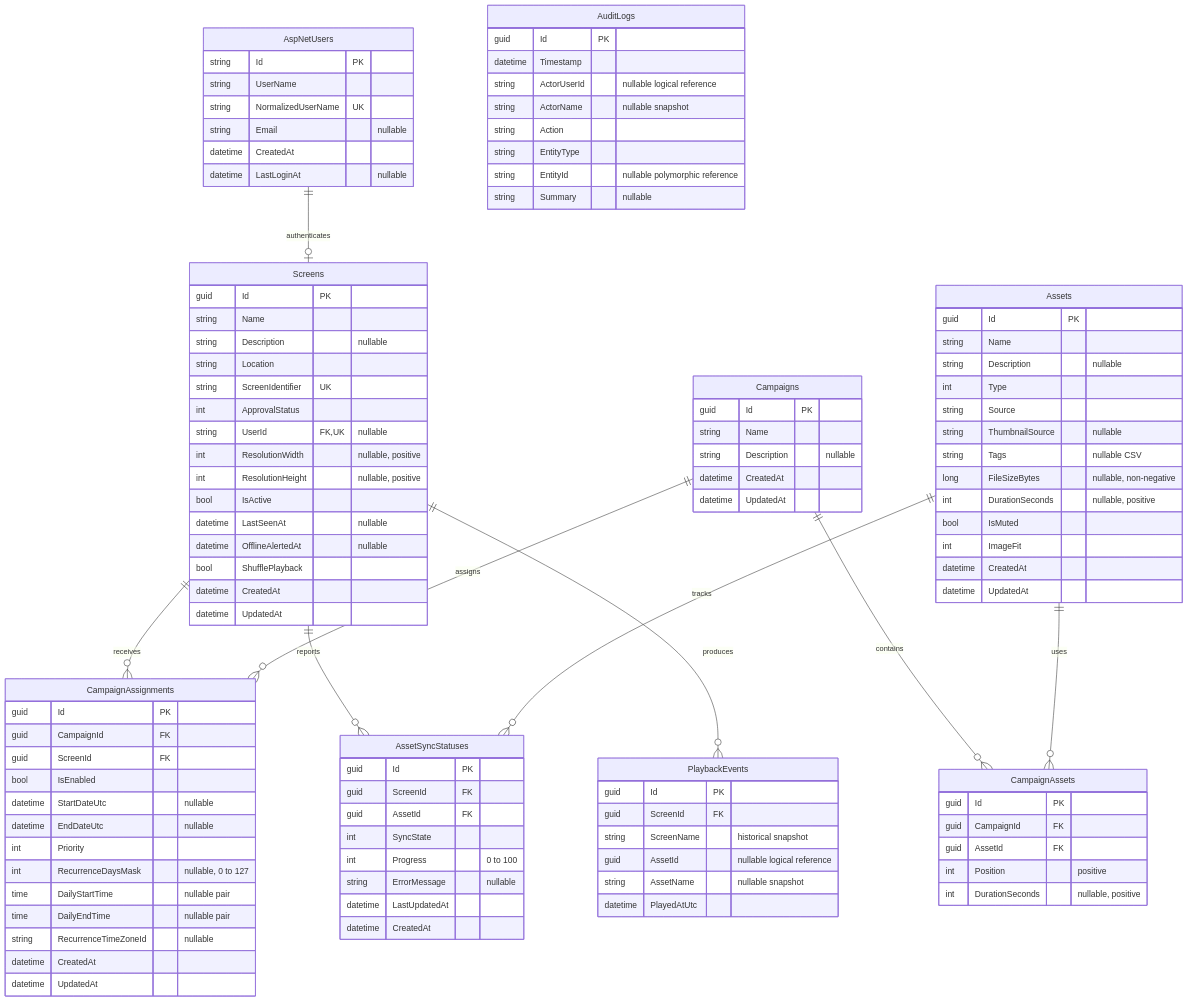
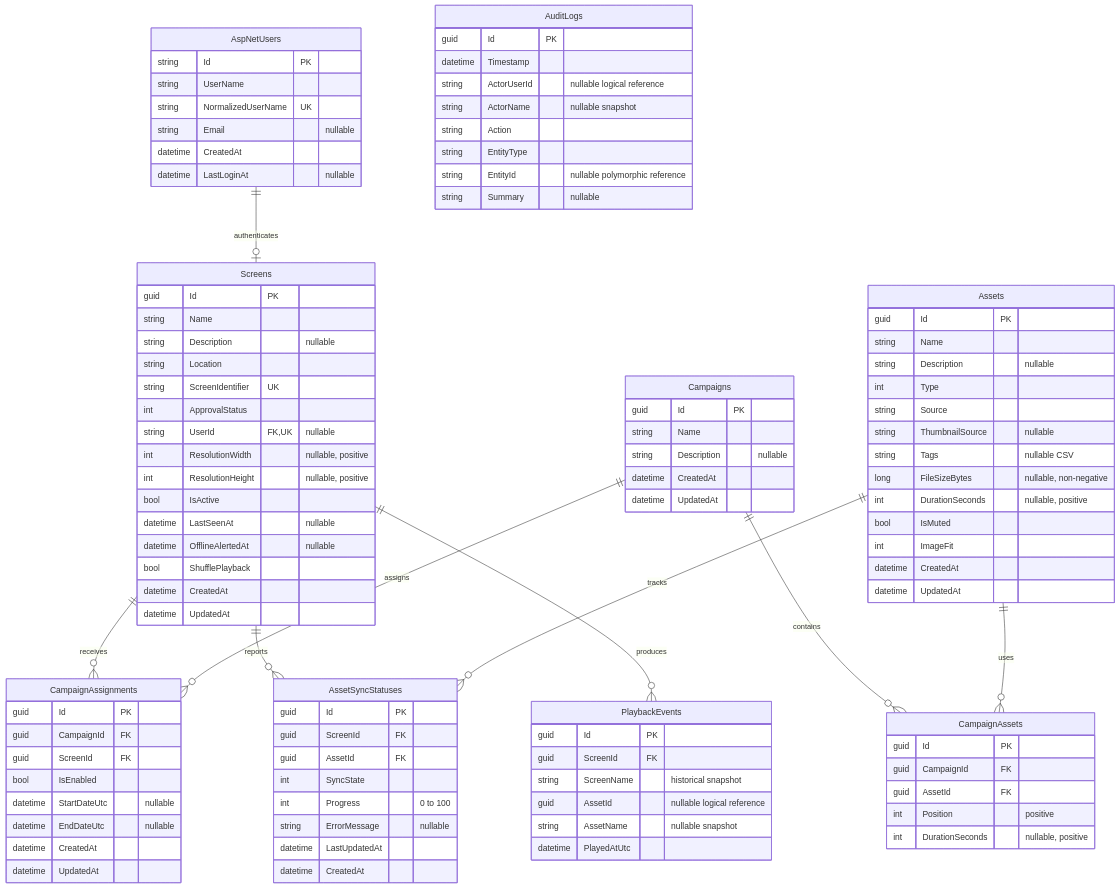
One commit to clFaster/Mireya changed the first of 2 diagrams in docs/database-er-model.md. Above: the diagram before and after it, drawn with Mermaid. The commit also changed 18 other files, not shown here.

```diff
--- a/docs/database-er-model.md
+++ b/docs/database-er-model.md
@@ -79,11 +79,6 @@
         bool IsEnabled
         datetime StartDateUtc "nullable"
         datetime EndDateUtc "nullable"
-        int Priority
-        int RecurrenceDaysMask "nullable, 0 to 127"
-        time DailyStartTime "nullable pair"
-        time DailyEndTime "nullable pair"
-        string RecurrenceTimeZoneId "nullable"
         datetime CreatedAt
         datetime UpdatedAt
     }
```
